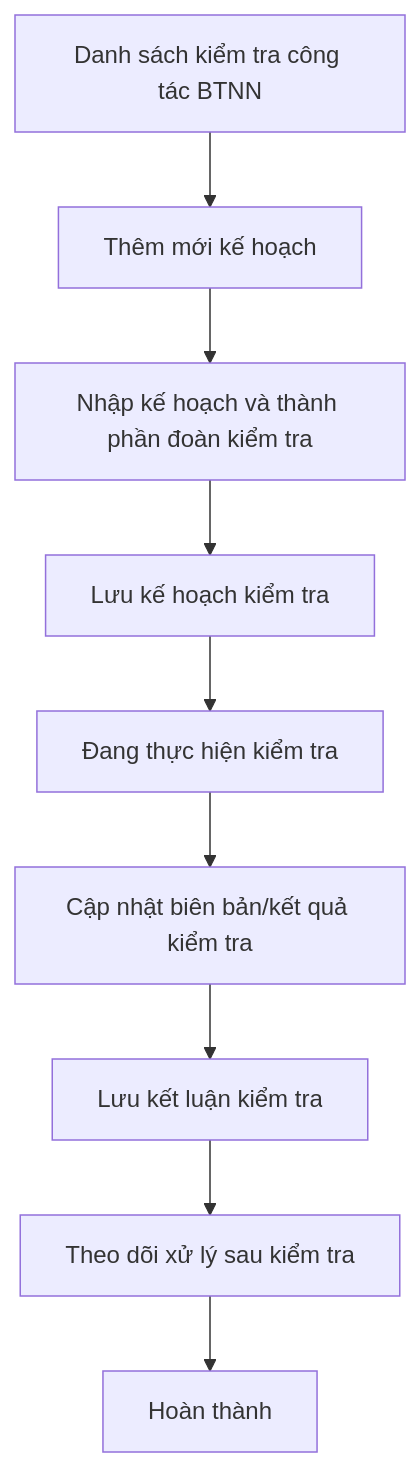
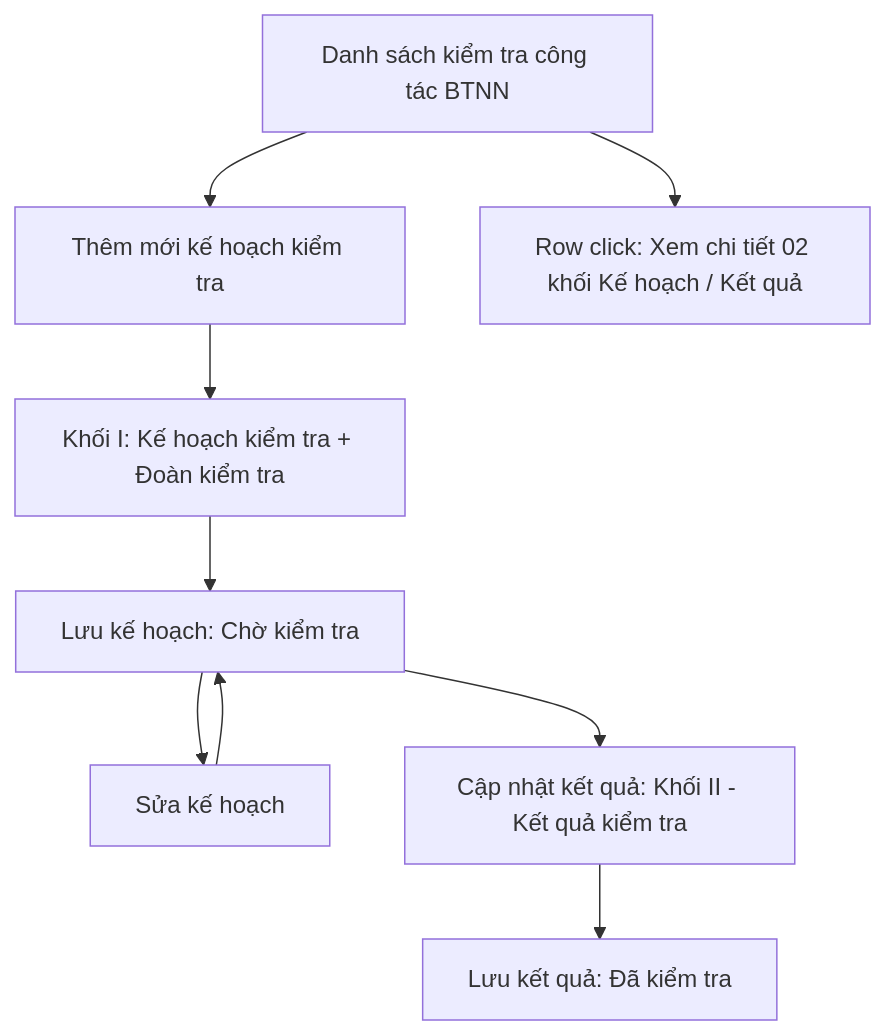
Before and after one commit to huyendt2007/BPBD_UI: the diagram in Tai lieu phan tich/03_Website_Quan_tri/03_Cong_tac_boi_thuong/SRS_BTNN_DungChung_BTP_STP_KiemTra_CongTac.md, drawn with Mermaid. The commit also changed other lines of this file and 135 other files, not shown here.

````diff
--- a/Tai lieu phan tich/03_Website_Quan_tri/03_Cong_tac_boi_thuong/SRS_BTNN_DungChung_BTP_STP_KiemTra_CongTac.md
+++ b/Tai lieu phan tich/03_Website_Quan_tri/03_Cong_tac_boi_thuong/SRS_BTNN_DungChung_BTP_STP_KiemTra_CongTac.md
@@ -21,11 +38,9 @@
 ```mermaid
 flowchart TD
-    A[Danh sách kiểm tra công tác BTNN] --> B[Thêm mới kế hoạch]
-    B --> C[Nhập kế hoạch và thành phần đoàn kiểm tra]
-    C --> D[Lưu kế hoạch kiểm tra]
-    D --> E[Đang thực hiện kiểm tra]
-    E --> F[Cập nhật biên bản/kết quả kiểm tra]
-    F --> G[Lưu kết luận kiểm tra]
-    G --> H[Theo dõi xử lý sau kiểm tra]
-    H --> I[Hoàn thành]
+    A[Danh sách kiểm tra công tác BTNN] --> B[Thêm mới kế hoạch kiểm tra]
+    B --> C["Khối I: Kế hoạch kiểm tra + Đoàn kiểm tra"] --> D["Lưu kế hoạch: Chờ kiểm tra"]
+    D --> E[Sửa kế hoạch]
+    E --> D
+    D --> F["Cập nhật kết quả: Khối II - Kết quả kiểm tra"] --> G["Lưu kết quả: Đã kiểm tra"]
+    A --> H[Row click: Xem chi tiết 02 khối Kế hoạch / Kết quả]
 ```
````
